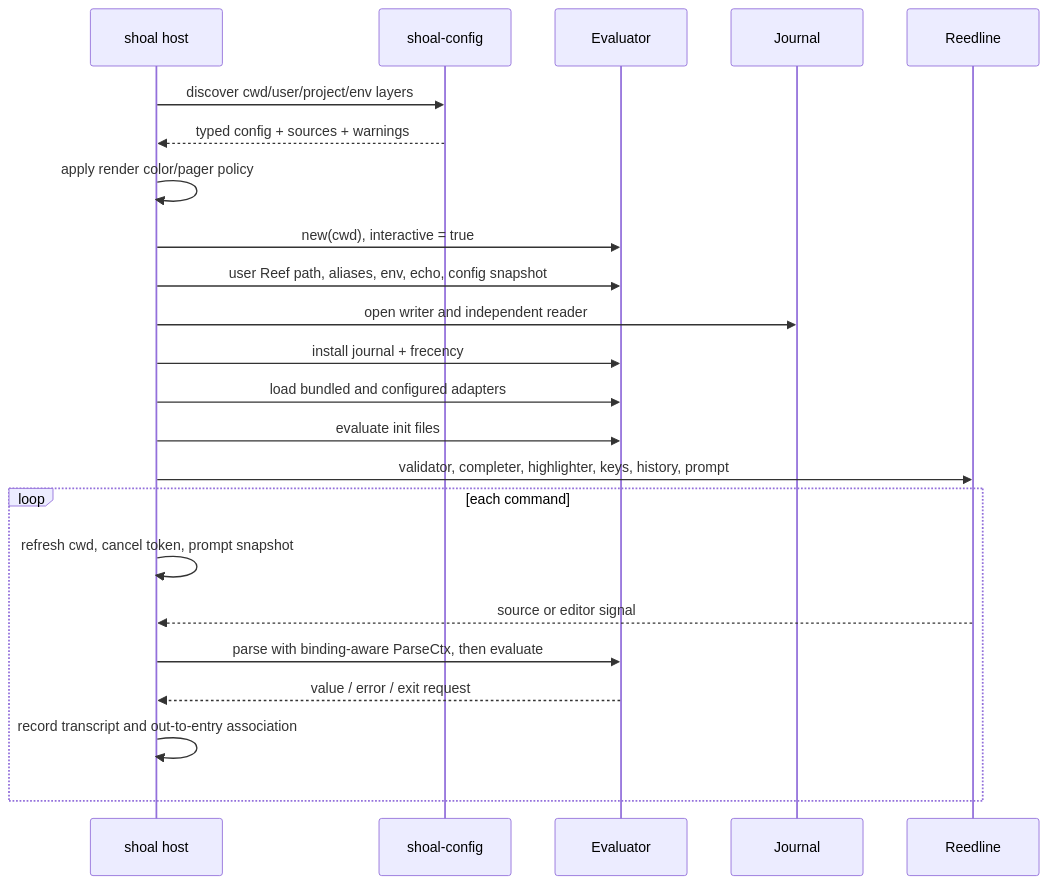
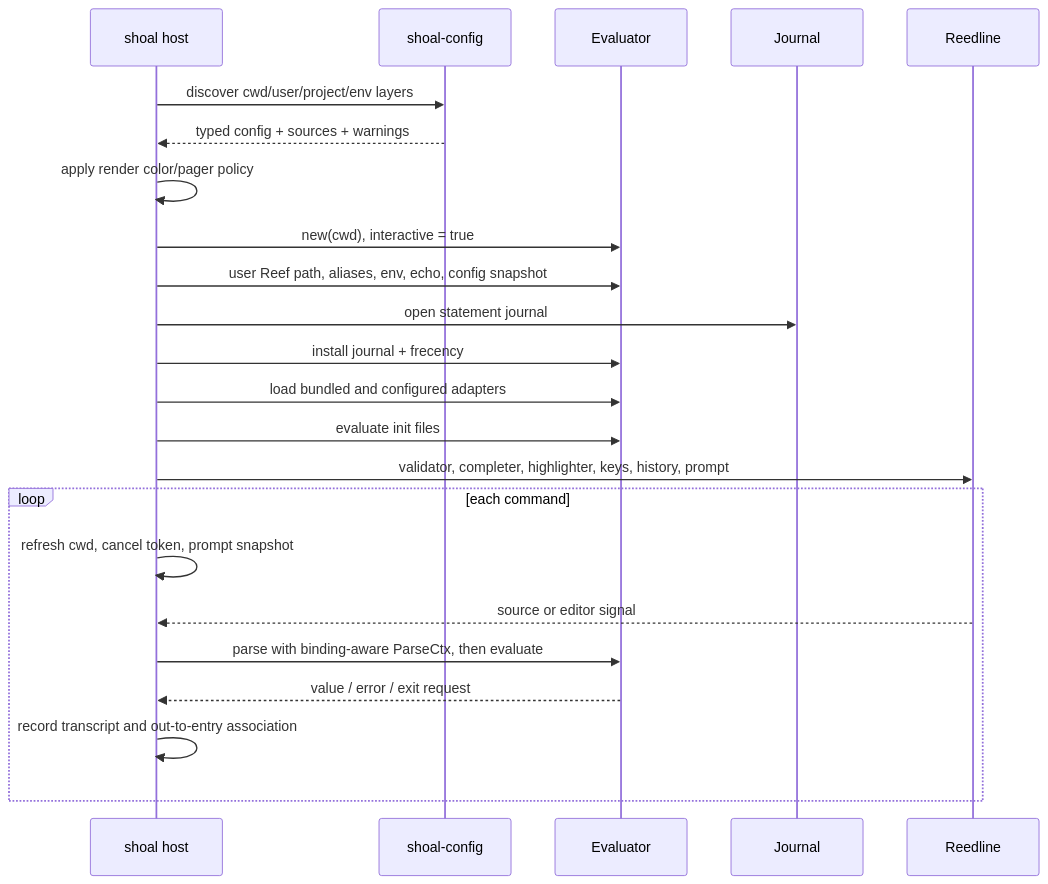
One commit to alliecatowo/shoal changed the first of 3 diagrams in site/content/internals/shell-host.md. Above: the diagram before and after it, drawn with Mermaid. The commit also changed 10 other files, not shown here.

````diff
--- a/site/content/internals/shell-host.md
+++ b/site/content/internals/shell-host.md
@@ -33,28 +33,28 @@
 ```mermaid
 sequenceDiagram
 accTitle: REPL assembly sequence
 accDescr: Shows the components and relationships described in REPL assembly sequence.
   participant H as shoal host
   participant C as shoal-config
   participant E as Evaluator
   participant J as Journal
   participant R as Reedline
 
   H->>C: discover cwd/user/project/env layers
   C-->>H: typed config + sources + warnings
   H->>H: apply render color/pager policy
   H->>E: new(cwd), interactive = true
   H->>E: user Reef path, aliases, env, echo, config snapshot
-  H->>J: open writer and independent reader
+  H->>J: open statement journal
   H->>E: install journal + frecency
   H->>E: load bundled and configured adapters
   H->>E: evaluate init files
   H->>R: validator, completer, highlighter, keys, history, prompt
   loop each command
     H->>H: refresh cwd, cancel token, prompt snapshot
     R-->>H: source or editor signal
     H->>E: parse with binding-aware ParseCtx, then evaluate
     E-->>H: value / error / exit request
     H->>H: record transcript and out-to-entry association
   end
 ```
````
